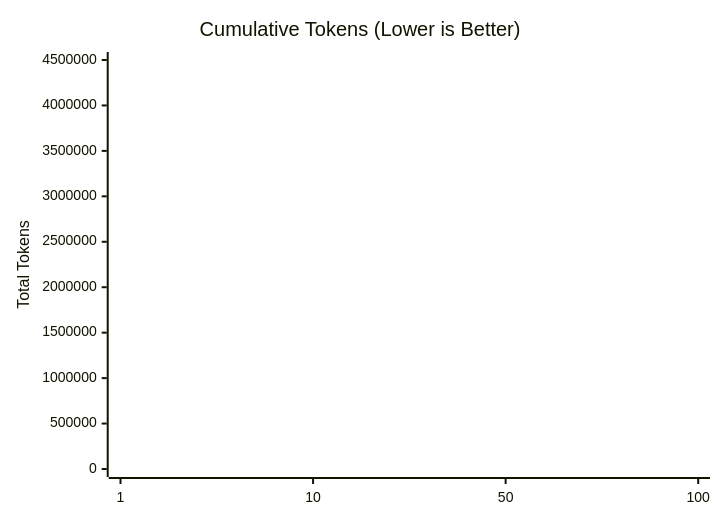
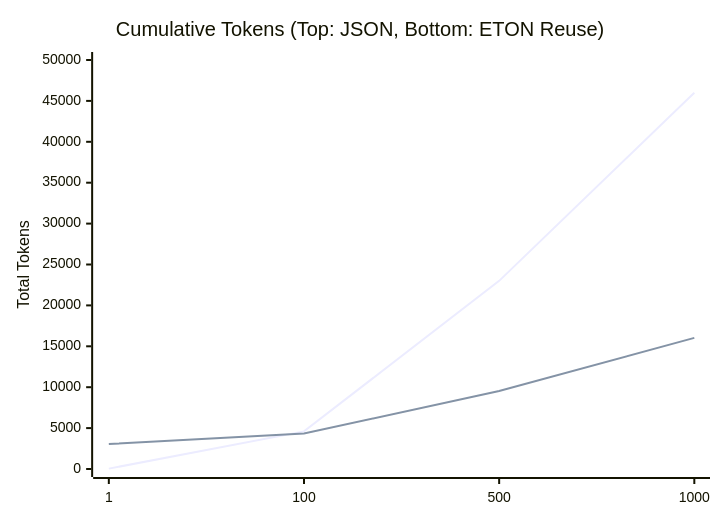
Before and after one commit to kida-hirokazu/eton: the second of 2 diagrams in docs/Benchmark_Report.md, drawn with Mermaid. The commit also changed other lines of this file and 2 other files, not shown here.

Commit message:
docs: finalized benchmark report with real reuse data and updated mermaid charts

````diff
--- a/docs/Benchmark_Report.md
+++ b/docs/Benchmark_Report.md
@@ -97,9 +88,8 @@
 ```mermaid
-%%{init: {'theme': 'base', 'themeVariables': { 'xyChart': { 'plotColorPalette': 'brand' }}}}%%
 xychart-beta
-    title "Cumulative Tokens (Lower is Better)"
-    x-axis [1, 10, 50, 100]
-    y-axis "Total Tokens" 0 --> 4500000
-    line [44795, 447950, 2239750, 4479500]
-    line [51129, 318762, 1508242, 2995092]
+    title "Cumulative Tokens (Top: JSON, Bottom: ETON Reuse)"
+    x-axis [1, 100, 500, 1000]
+    y-axis "Total Tokens" 0 --> 50000
+    line [46, 4600, 23000, 46000]
+    line [3044, 4331, 9531, 16031]
 ```
````
